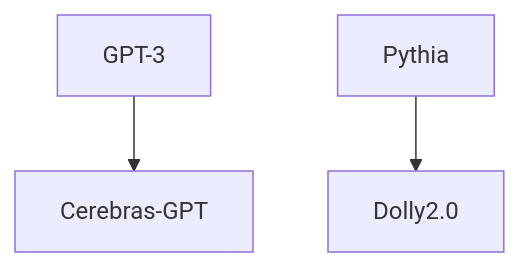
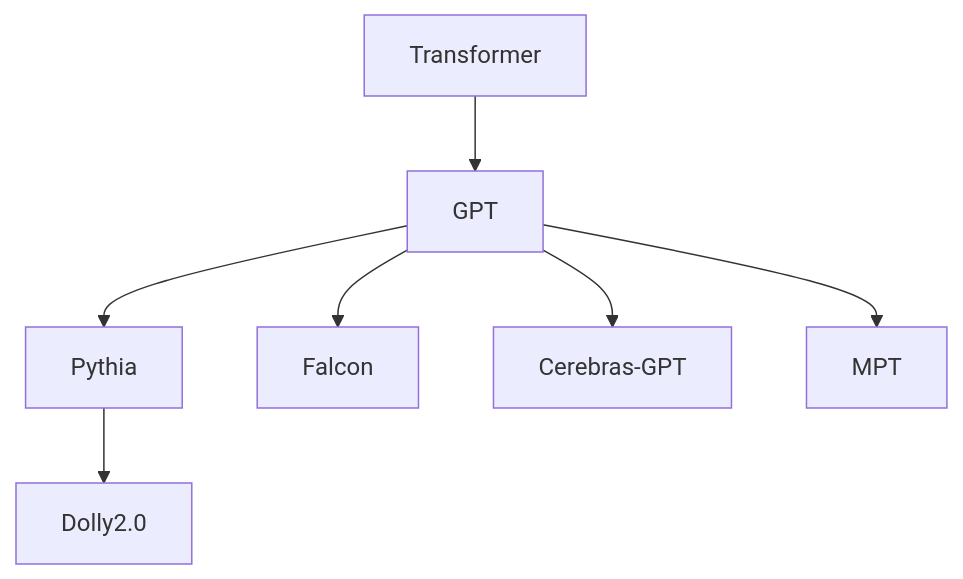
Before and after one commit to ted-sharp/chatvox: diagram 18 of 21 in doc/llm.md, drawn with Mermaid. The commit also changed other lines of this file, not shown here.

````diff
--- a/doc/llm.md
+++ b/doc/llm.md
@@ -795,6 +795,8 @@
 ```mermaid
 flowchart
 
-GPT-3 --> Cerebras-GPT
-Pythia --> Dolly2.0
+Transformer --> GPT --> Pythia --> Dolly2.0
+GPT --> Falcon
+GPT --> Cerebras-GPT
+GPT --> MPT
 ```
````
